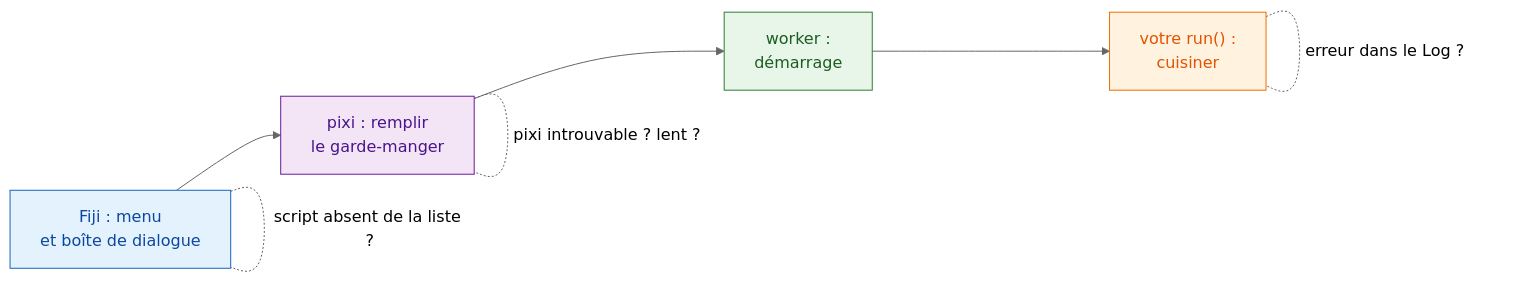
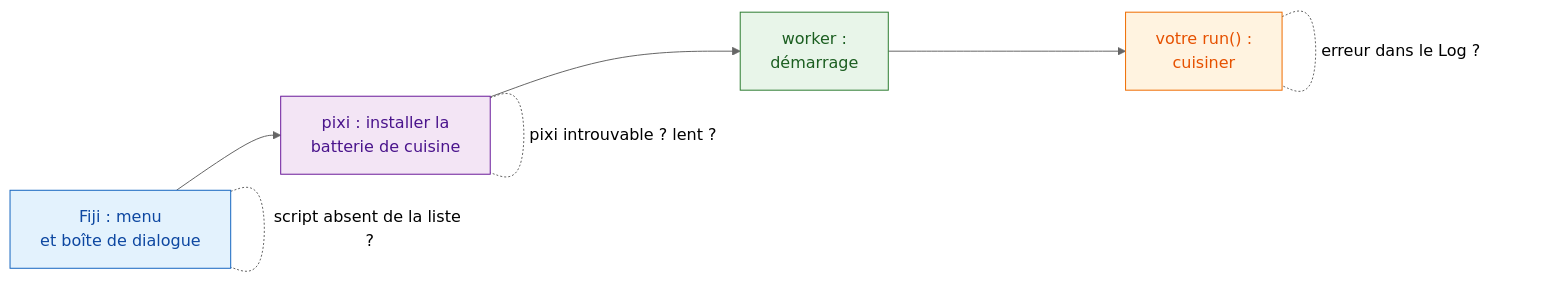
The diagram in guide/help/troubleshooting.fr.md (Oxford-Zeiss-Centre-of-Excellence/Wavu), drawn with Mermaid (neutral theme) before and after one commit. The commit also changed other lines of this file and 221 other files, not shown here.

````diff
--- a/guide/help/troubleshooting.fr.md
+++ b/guide/help/troubleshooting.fr.md
@@ -12,12 +12,12 @@
 ```mermaid
 flowchart LR
-    A["Fiji : menu<br/>et boîte de dialogue"]:::fiji --> B["pixi : remplir<br/>le garde-manger"]:::env --> C["worker :<br/>démarrage"]:::worker --> D["votre run() :<br/>cuisiner"]:::script
+    A["Fiji : menu<br/>et boîte de dialogue"]:::fiji --> B["pixi : installer la<br/>batterie de cuisine"]:::env --> C["worker :<br/>démarrage"]:::worker --> D["votre run() :<br/>cuisiner"]:::script
     A -. "script absent de la liste ?" .- A
     B -. "pixi introuvable ? lent ?" .- B
     D -. "erreur dans le Log ?" .- D
 
     classDef fiji   fill:#e3f2fd,stroke:#1565c0,color:#0d47a1
     classDef worker fill:#e8f5e9,stroke:#2e7d32,color:#1b5e20
     classDef script fill:#fff3e0,stroke:#ef6c00,color:#e65100
     classDef env    fill:#f3e5f5,stroke:#6a1b9a,color:#4a148c
 ```
````
